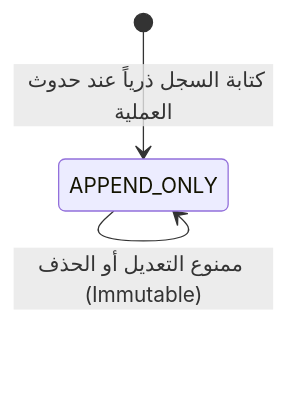
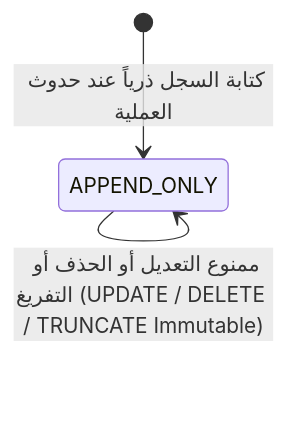
The fifth of 5 diagrams in docs/database/DATA-LIFECYCLE.md (Eissaali11/maywebeissa), drawn with Mermaid before and after one commit. The commit also changed other lines of this file and 21 other files, not shown here.

Commit message:
feat(database): complete DATA-FOUNDATION-001 with Better Auth schema, media metadata, non-negative checks, audit immutability triggers, and real PostgreSQL 16 container validation

````diff
--- a/docs/database/DATA-LIFECYCLE.md
+++ b/docs/database/DATA-LIFECYCLE.md
@@ -116,5 +67,5 @@
 ```mermaid
 stateDiagram-v2
     [*] --> APPEND_ONLY : كتابة السجل ذرياً عند حدوث العملية
-    APPEND_ONLY --> APPEND_ONLY : ممنوع التعديل أو الحذف (Immutable)
+    APPEND_ONLY --> APPEND_ONLY : ممنوع التعديل أو الحذف أو التفريغ (UPDATE / DELETE / TRUNCATE Immutable)
 ```
````
